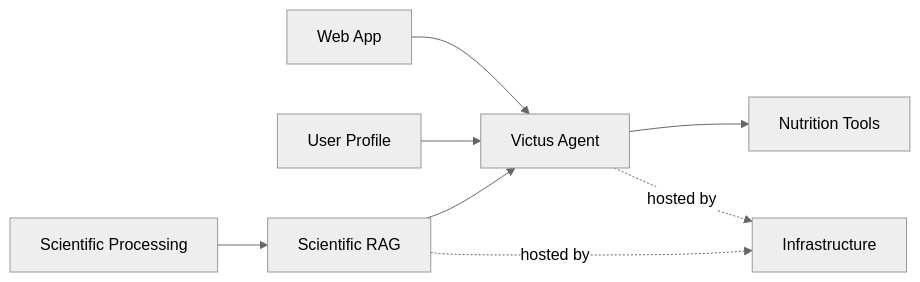
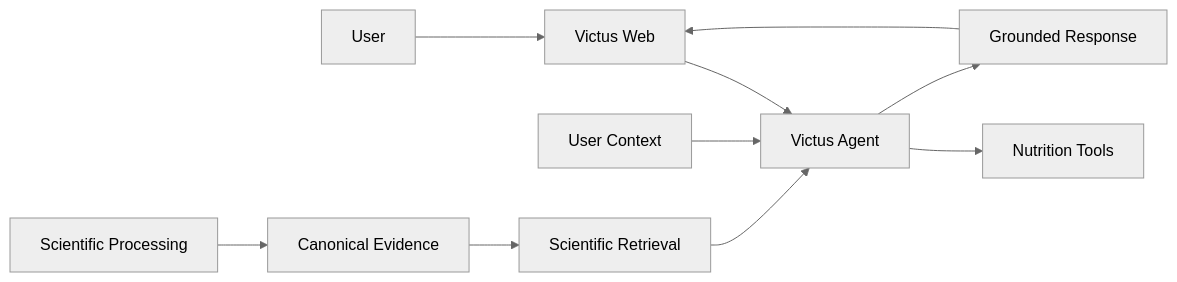
The diagram in Current-State.md (CarlosGebard/victus-docs), drawn with Mermaid (neutral theme) before and after one commit. The commit also changed other lines of this file, not shown here.

````diff
--- a/Current-State.md
+++ b/Current-State.md
@@ -143,19 +392,24 @@
 ```mermaid
-flowchart LR
-    Fullstack[Web App]
+graph LR
+    User[User]
+    Fullstack[Victus Web]
     Agent[Victus Agent]
-    Profile[User Profile]
-    RAG[Scientific RAG]
+    Profile[User Context]
+    Retrieval[Scientific Retrieval]
     Processing[Scientific Processing]
+    Evidence[Canonical Evidence]
     Tools[Nutrition Tools]
-    Infra[Infrastructure]
+    Response[Grounded Response]
 
+    User --> Fullstack
     Fullstack --> Agent
+
+    Processing --> Evidence
+    Evidence --> Retrieval
+    Retrieval --> Agent
+
     Profile --> Agent
-    Processing --> RAG
-    RAG --> Agent
     Agent --> Tools
-
-    Agent -. hosted by .-> Infra
-    RAG -. hosted by .-> Infra
+    Agent --> Response
+    Response --> Fullstack
 ```
````
